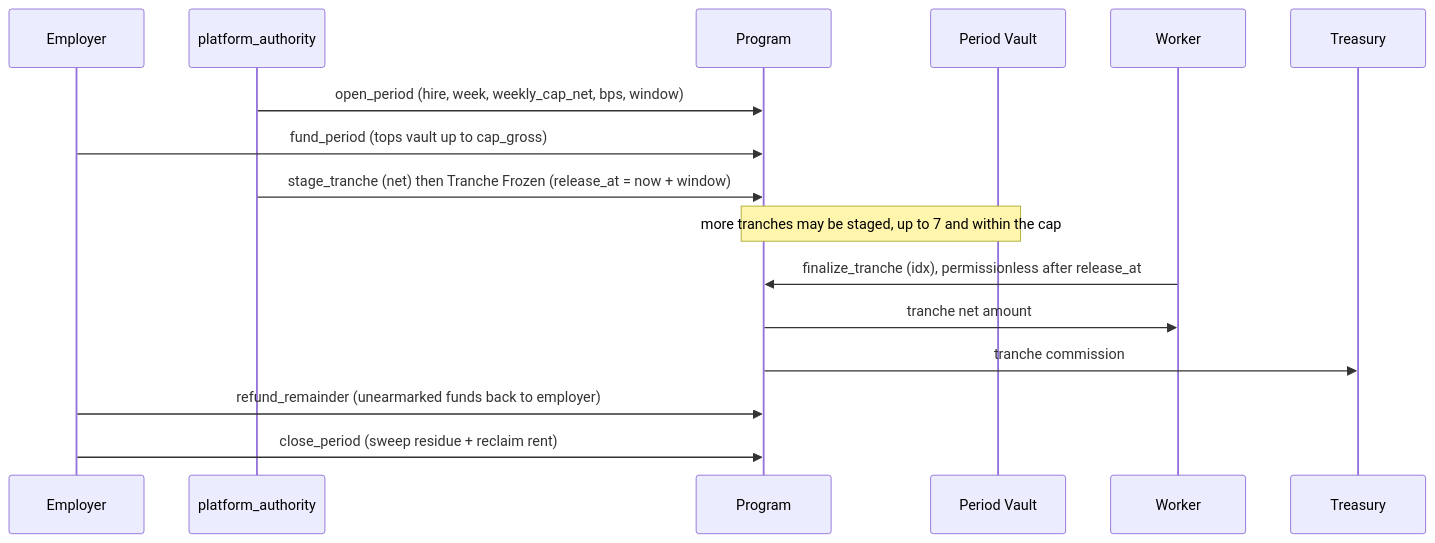
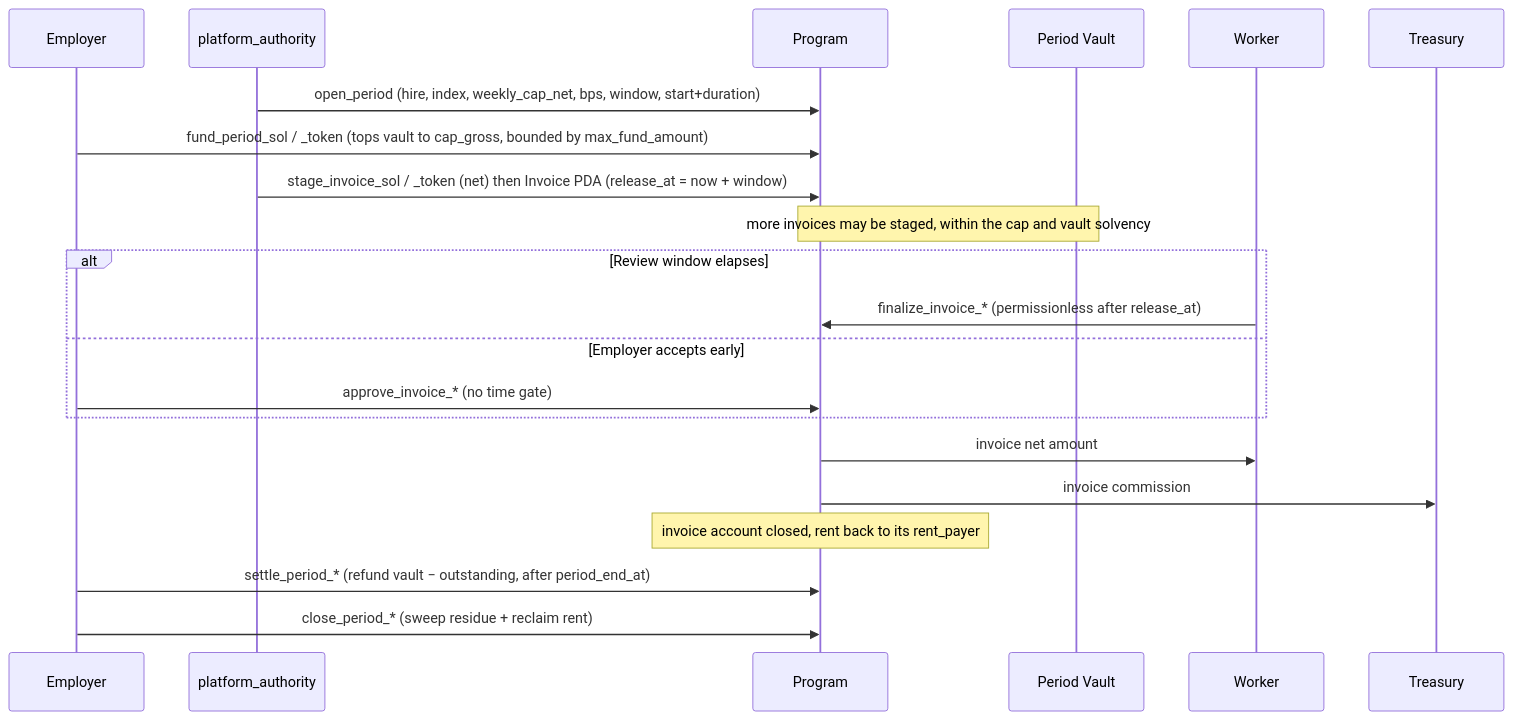
The fourth of 4 diagrams in README.md (Worqen-Labs/Worqen-Solana), drawn with Mermaid before and after one commit. The commit also changed other lines of this file and 66 other files, not shown here.

````diff
--- a/README.md
+++ b/README.md
@@ -208,18 +216,23 @@
 ```mermaid
 sequenceDiagram
     participant E as Employer
     participant Plat as platform_authority
     participant P as Program
     participant V as Period Vault
     participant W as Worker
     participant T as Treasury
-    Plat->>P: open_period (hire, week, weekly_cap_net, bps, window)
-    E->>P: fund_period (tops vault up to cap_gross)
-    Plat->>P: stage_tranche (net) then Tranche Frozen (release_at = now + window)
-    Note over P,V: more tranches may be staged, up to 7 and within the cap
-    W->>P: finalize_tranche (idx), permissionless after release_at
-    P->>W: tranche net amount
-    P->>T: tranche commission
-    E->>P: refund_remainder (unearmarked funds back to employer)
-    E->>P: close_period (sweep residue + reclaim rent)
+    Plat->>P: open_period (hire, index, weekly_cap_net, bps, window, start+duration)
+    E->>P: fund_period_sol / _token (tops vault to cap_gross, bounded by max_fund_amount)
+    Plat->>P: stage_invoice_sol / _token (net) then Invoice PDA (release_at = now + window)
+    Note over P,V: more invoices may be staged, within the cap and vault solvency
+    alt Review window elapses
+        W->>P: finalize_invoice_* (permissionless after release_at)
+    else Employer accepts early
+        E->>P: approve_invoice_* (no time gate)
+    end
+    P->>W: invoice net amount
+    P->>T: invoice commission
+    Note over P: invoice account closed, rent back to its rent_payer
+    E->>P: settle_period_* (refund vault − outstanding, after period_end_at)
+    E->>P: close_period_* (sweep residue + reclaim rent)
 ```
````
